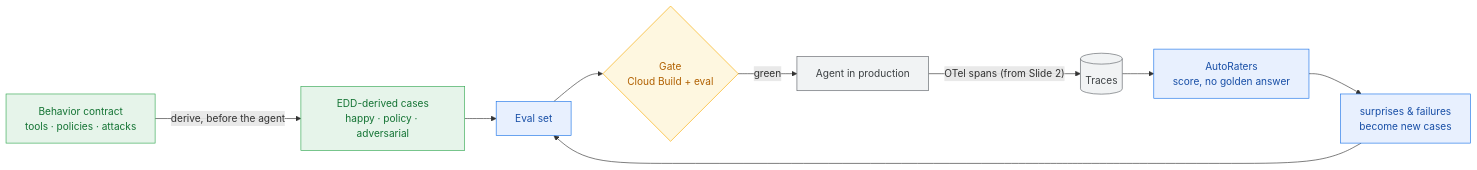
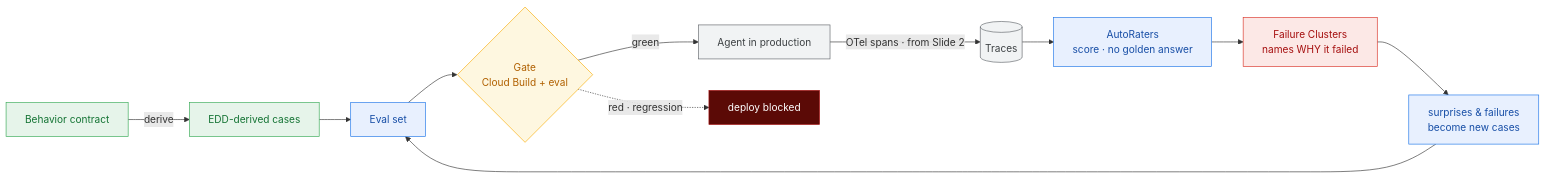
The fourth of 4 diagrams in docs/eval-agentes-fundamentos.md (leiterenato/l400-managing-production-agents), drawn with Mermaid before and after one commit. The commit also changed other lines of this file and 7 other files, not shown here.

First line of the commit message:
Case 1: split Slide 3 into EDD + flywheel, redesign, add demo build spec

````diff
--- a/docs/eval-agentes-fundamentos.md
+++ b/docs/eval-agentes-fundamentos.md
@@ -788,16 +1064,19 @@
 ```mermaid
 flowchart LR
-  C["Behavior contract<br/>tools · policies · attacks"]:::seed
-  C -->|"derive, before the agent"| D["EDD-derived cases<br/>happy · policy · adversarial"]:::seed
+  C["Behavior contract"]:::seed -->|derive| D["EDD-derived cases"]:::seed
   D --> ES["Eval set"]:::core
   ES --> GATE{"Gate<br/>Cloud Build + eval"}:::gate
   GATE -->|green| PROD["Agent in production"]:::prod
-  PROD -->|"OTel spans (from Slide 2)"| TR[("Traces")]:::prod
-  TR --> AR["AutoRaters<br/>score, no golden answer"]:::core
-  AR --> NEW["surprises & failures<br/>become new cases"]:::core
+  GATE -.->|"red · regression"| STOP["deploy blocked"]:::stop
+  PROD -->|"OTel spans · from Slide 2"| TR[("Traces")]:::prod
+  TR --> AR["AutoRaters<br/>score · no golden answer"]:::core
+  AR --> FC["Failure Clusters<br/>names WHY it failed"]:::why
+  FC --> NEW["surprises & failures<br/>become new cases"]:::core
   NEW --> ES
   classDef seed fill:#E6F4EA,stroke:#34A853,color:#137333;
   classDef core fill:#E8F0FE,stroke:#1A73E8,color:#174EA6;
   classDef gate fill:#FEF7E0,stroke:#F9AB00,color:#B06000;
   classDef prod fill:#F1F3F4,stroke:#5F6368,color:#3C4043;
+  classDef why fill:#FCE8E6,stroke:#D93025,color:#A50E0E;
+  classDef stop fill:#5B0A06,stroke:#A50E0E,color:#FFFFFF;
 ```
````
